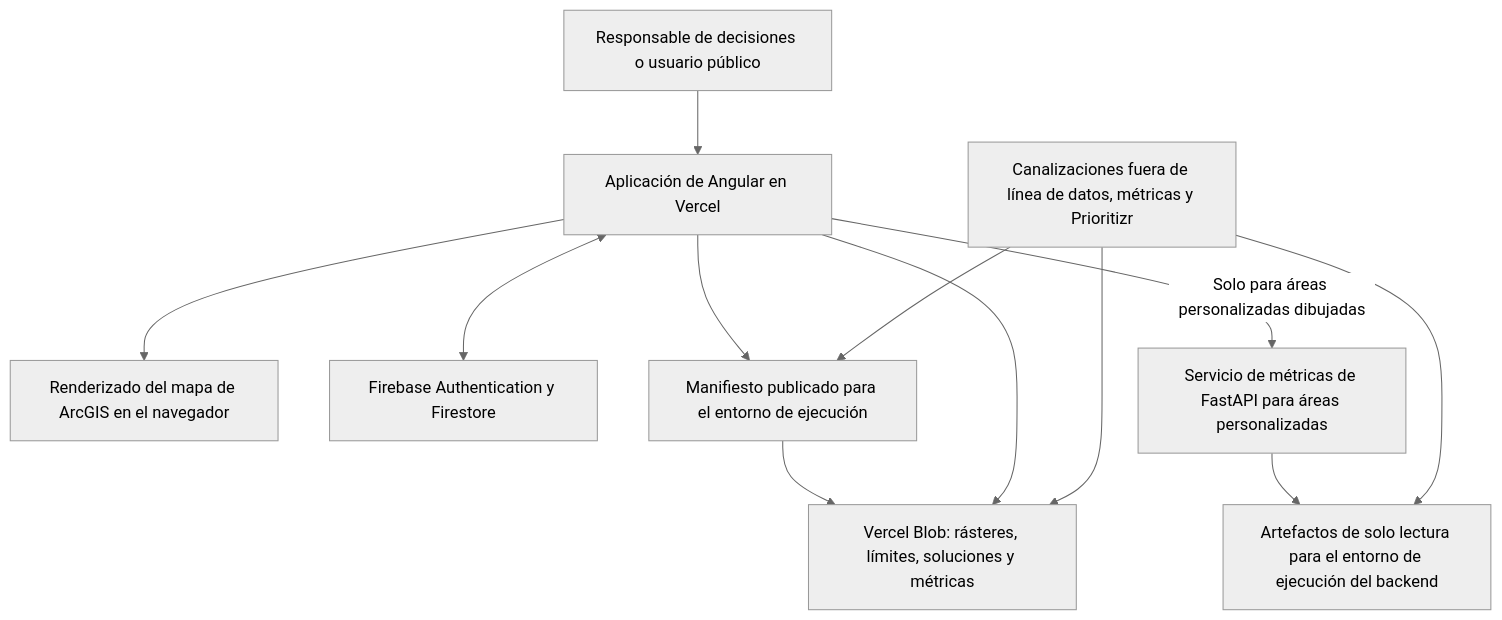
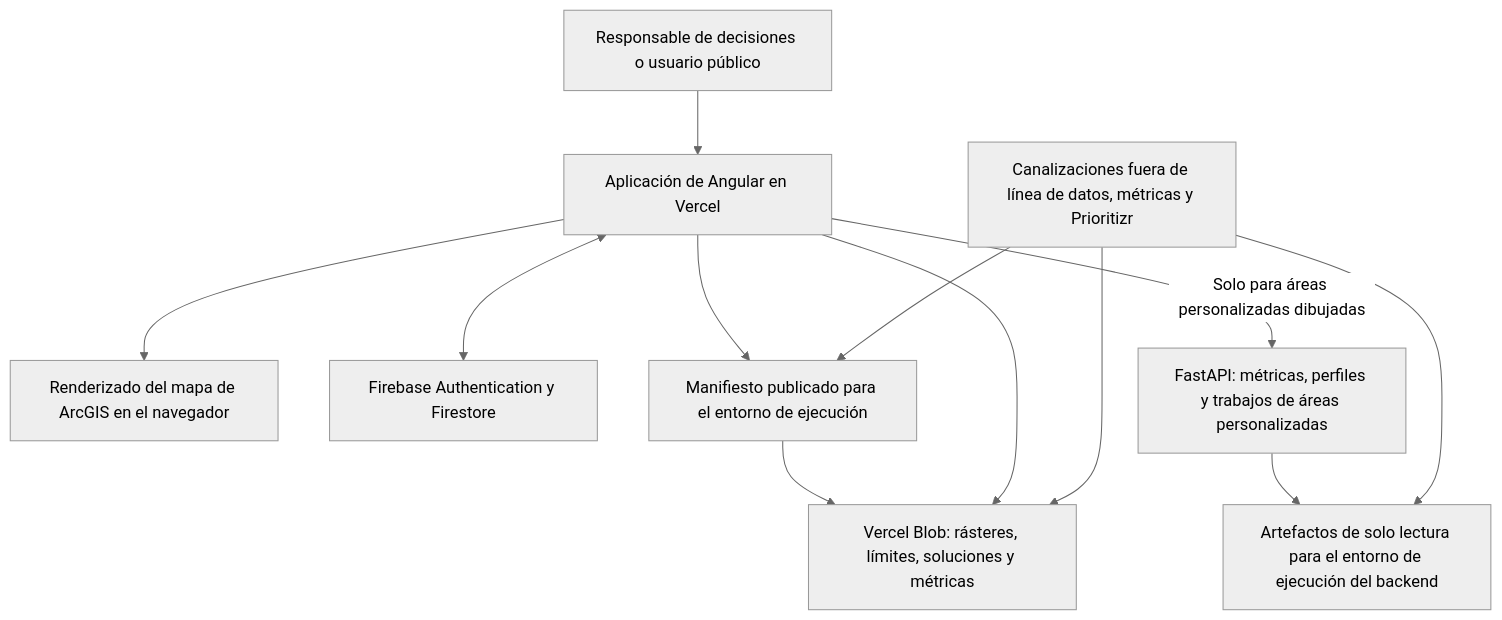
One commit to DISES-CI-UCSB/decision-making-tool changed the first of 2 diagrams in docs/handoffs/parques-it/spanish/architecture.md. Above: the diagram before and after it, drawn with Mermaid (neutral theme). The commit also changed other lines of this file and 26 other files, not shown here.

````diff
--- a/docs/handoffs/parques-it/spanish/architecture.md
+++ b/docs/handoffs/parques-it/spanish/architecture.md
@@ -15,24 +15,24 @@
 ```mermaid
 flowchart TB
     User["Responsable de decisiones o usuario público"]
     Angular["Aplicación de Angular en Vercel"]
     ArcGIS["Renderizado del mapa de ArcGIS en el navegador"]
     Firebase["Firebase Authentication y Firestore"]
     Manifest["Manifiesto publicado para el entorno de ejecución"]
     Blob["Vercel Blob: rásteres, límites, soluciones y métricas"]
-    FastAPI["Servicio de métricas de FastAPI para áreas personalizadas"]
+    FastAPI["FastAPI: métricas, perfiles y trabajos de áreas personalizadas"]
     Artifact["Artefactos de solo lectura para el entorno de ejecución del backend"]
     Pipeline["Canalizaciones fuera de línea de datos, métricas y Prioritizr"]
 
     User --> Angular
     Angular --> ArcGIS
     Angular <--> Firebase
     Angular --> Manifest
     Manifest --> Blob
     Angular --> Blob
     Angular -->|"Solo para áreas personalizadas dibujadas"| FastAPI
     FastAPI --> Artifact
     Pipeline --> Manifest
     Pipeline --> Blob
     Pipeline --> Artifact
 ```
````
